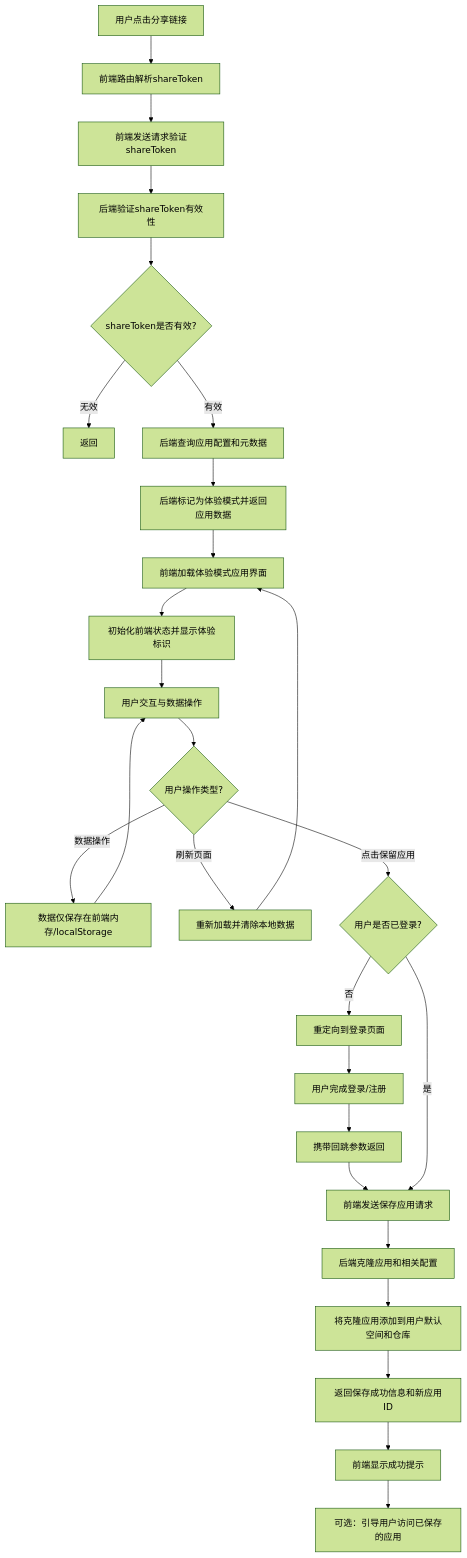
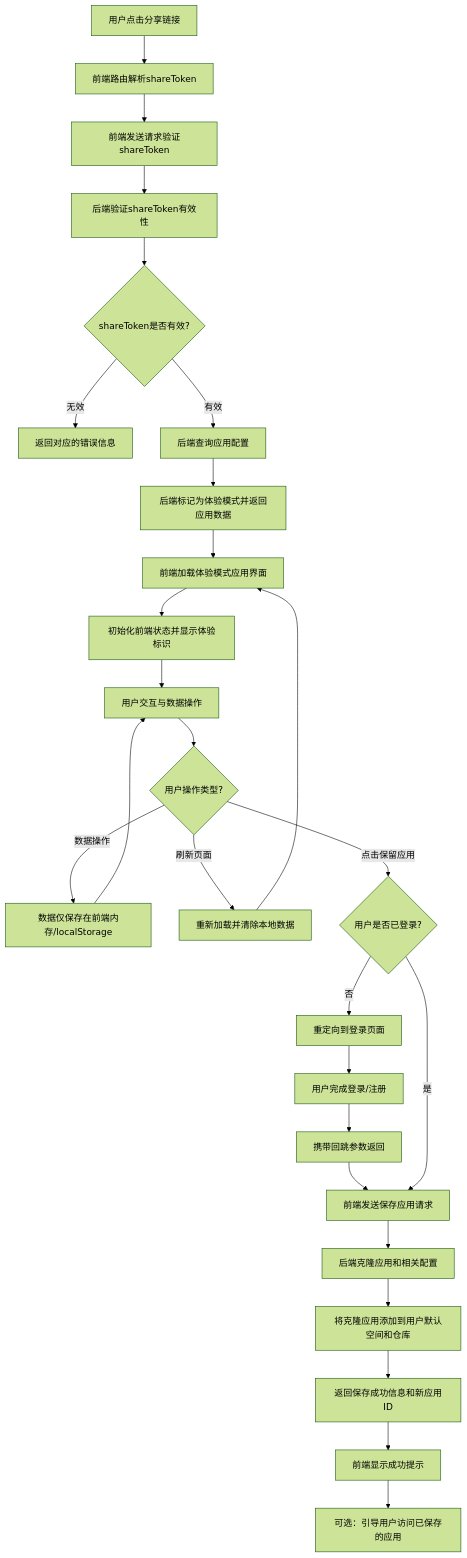
One commit to yingjianzh/iodraw-files changed the diagram in all/未命名-65.md. Above: the diagram before and after it, drawn with Mermaid (forest theme).

Commit message:
2025-05-22 10:50:04 update

````diff
--- a/all/未命名-65.md
+++ b/all/未命名-65.md
@@ -1,29 +1,29 @@
 ```mermaid
 flowchart TD
     A[用户点击分享链接] --> B[前端路由解析shareToken]
     B --> C[前端发送请求验证shareToken]
     C --> D[后端验证shareToken有效性]
     D --> E{shareToken是否有效?}
-    E -->|无效| F[返回]
-    E -->|有效| G[后端查询应用配置和元数据]
+    E -->|无效| F[返回对应的错误信息]
+    E -->|有效| G[后端查询应用配置]
     G --> H[后端标记为体验模式并返回应用数据]
     H --> I[前端加载体验模式应用界面]
     I --> J[初始化前端状态并显示体验标识]
     J --> K[用户交互与数据操作]
     K --> L{用户操作类型?}
     L -->|数据操作| M[数据仅保存在前端内存/localStorage]
     M --> K
     L -->|刷新页面| N[重新加载并清除本地数据]
     N --> I
     L -->|点击保留应用| O{用户是否已登录?}
     O -->|否| P[重定向到登录页面]
     P --> Q[用户完成登录/注册]
     Q --> R[携带回跳参数返回]
     R --> S[前端发送保存应用请求]
     O -->|是| S
     S --> T[后端克隆应用和相关配置]
     T --> U[将克隆应用添加到用户默认空间和仓库]
     U --> V[返回保存成功信息和新应用ID]
     V --> W[前端显示成功提示]
     W --> X[可选：引导用户访问已保存的应用]
 ```
````
